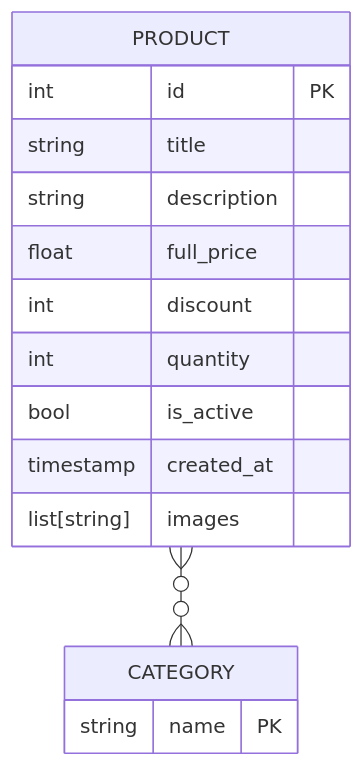
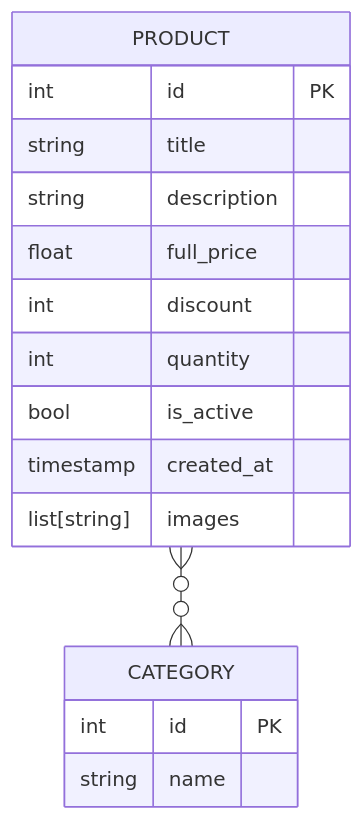
The diagram in er.md (ivan-22-3-5/e-commerce), drawn with Mermaid before and after one commit.

````diff
--- a/er.md
+++ b/er.md
@@ -1,20 +1,21 @@
 ```mermaid
 erDiagram
     PRODUCT {
         int id PK
         string title
         string description
         float full_price
         int discount
         int quantity
         bool is_active
         timestamp created_at
         list[string] images
     }
     
     CATEGORY {
-        string name PK
+        int id PK
+        string name
     }
 
     PRODUCT }o--o{ CATEGORY: ""
 ```
````
